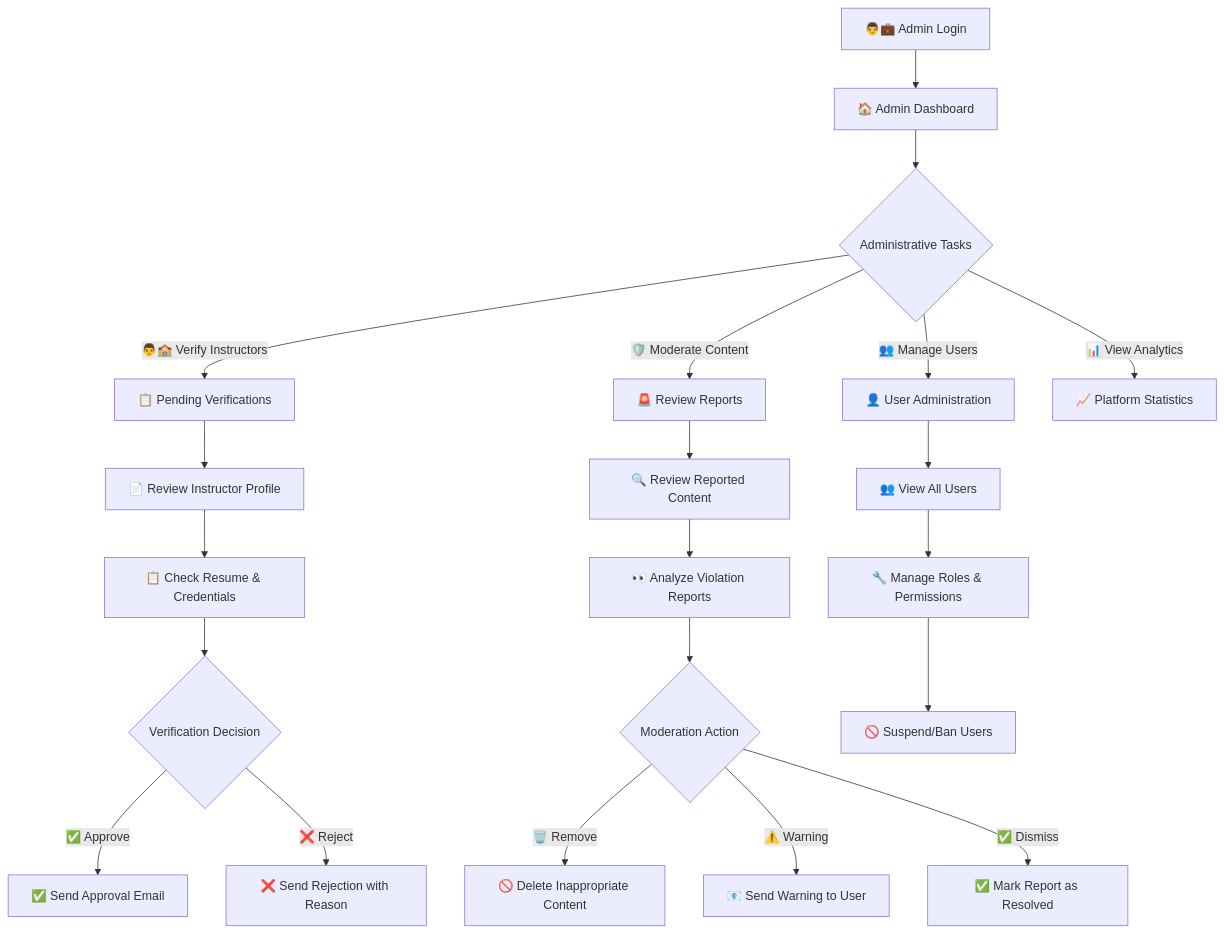
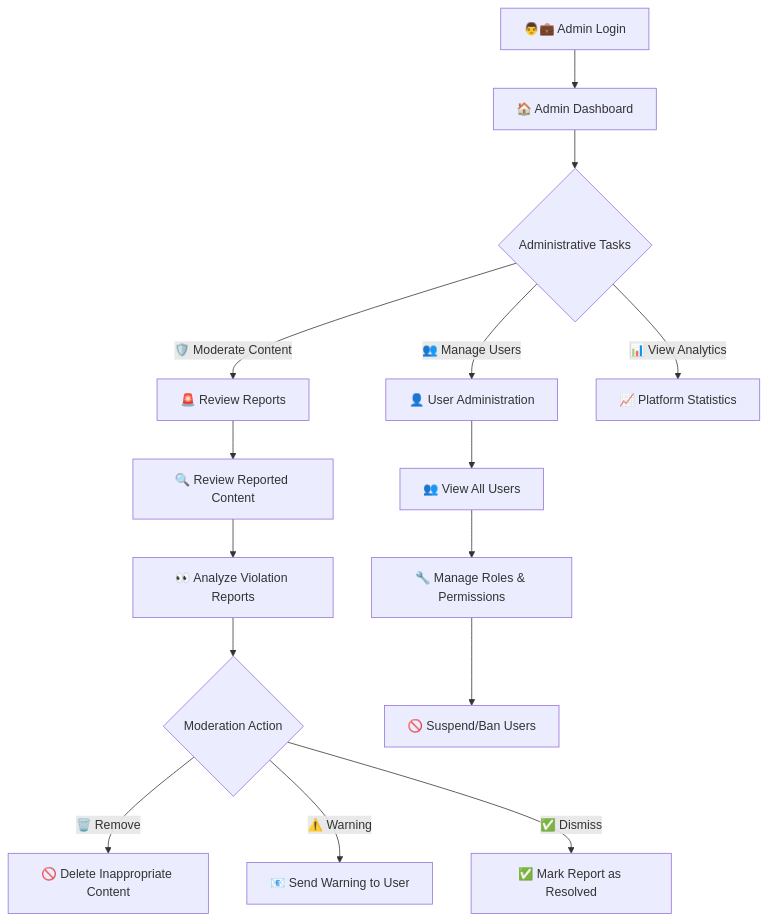
Before and after one commit to HARICH529/Project-H: the fourth of 4 diagrams in README.md, drawn with Mermaid. The commit also changed other lines of this file, not shown here.

Commit message:
docs: Remove instructor verification workflows

````diff
--- a/README.md
+++ b/README.md
@@ -187,27 +183,20 @@
 ```mermaid
 flowchart TD
     A[👨💼 Admin Login] --> B[🏠 Admin Dashboard]
     B --> C{Administrative Tasks}
     
-    C -->|👨🏫 Verify Instructors| D[📋 Pending Verifications]
     C -->|🛡️ Moderate Content| E[🚨 Review Reports]
     C -->|👥 Manage Users| F[👤 User Administration]
     C -->|📊 View Analytics| G[📈 Platform Statistics]
-    
-    D --> H[📄 Review Instructor Profile]
-    H --> I[📋 Check Resume & Credentials]
-    I --> J{Verification Decision}
-    J -->|✅ Approve| K[✅ Send Approval Email]
-    J -->|❌ Reject| L[❌ Send Rejection with Reason]
     
     E --> M[🔍 Review Reported Content]
     M --> N[👀 Analyze Violation Reports]
     N --> O{Moderation Action}
     O -->|🗑️ Remove| P[🚫 Delete Inappropriate Content]
     O -->|⚠️ Warning| Q[📧 Send Warning to User]
     O -->|✅ Dismiss| R[✅ Mark Report as Resolved]
     
     F --> S[👥 View All Users]
     S --> T[🔧 Manage Roles & Permissions]
     T --> U[🚫 Suspend/Ban Users]
 ```
````
